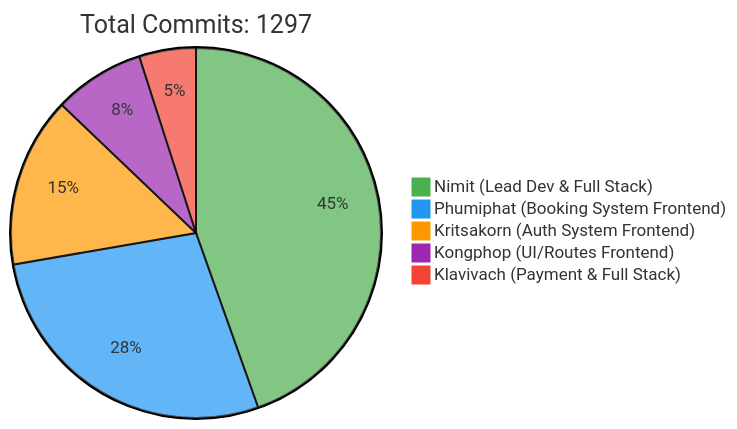
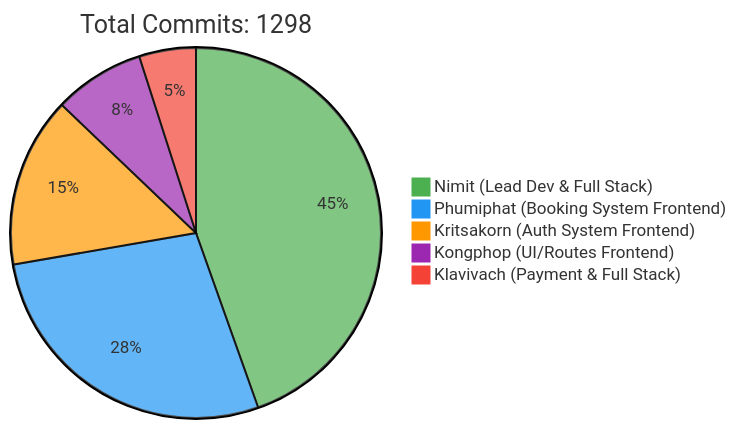
The first of 2 diagrams in README.md (6531503042/Sport-Complex), drawn with Mermaid before and after one commit. The commit also changed other lines of this file, not shown here.

Commit message:
docs: Update contributor statistics [skip ci]

````diff
--- a/README.md
+++ b/README.md
@@ -257,10 +257,10 @@
 ```mermaid
 %%{init: {'theme': 'base', 'themeVariables': { 'pie1': '#4CAF50', 'pie2': '#2196F3', 'pie3': '#FF9800', 'pie4': '#9C27B0', 'pie5': '#F44336'}}}%%
 pie
-    title Total Commits: 1297
+    title Total Commits: 1298
     "Nimit (Lead Dev & Full Stack)" : 450
     "Phumiphat (Booking System Frontend)" : 280
     "Kritsakorn (Auth System Frontend)" : 150
     "Kongphop (UI/Routes Frontend)" : 80
     "Klavivach (Payment & Full Stack)" : 50
 ```
````
